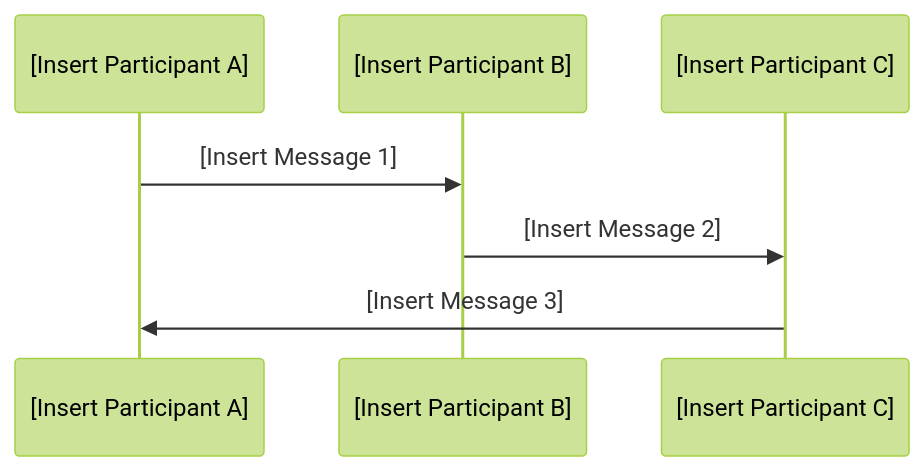
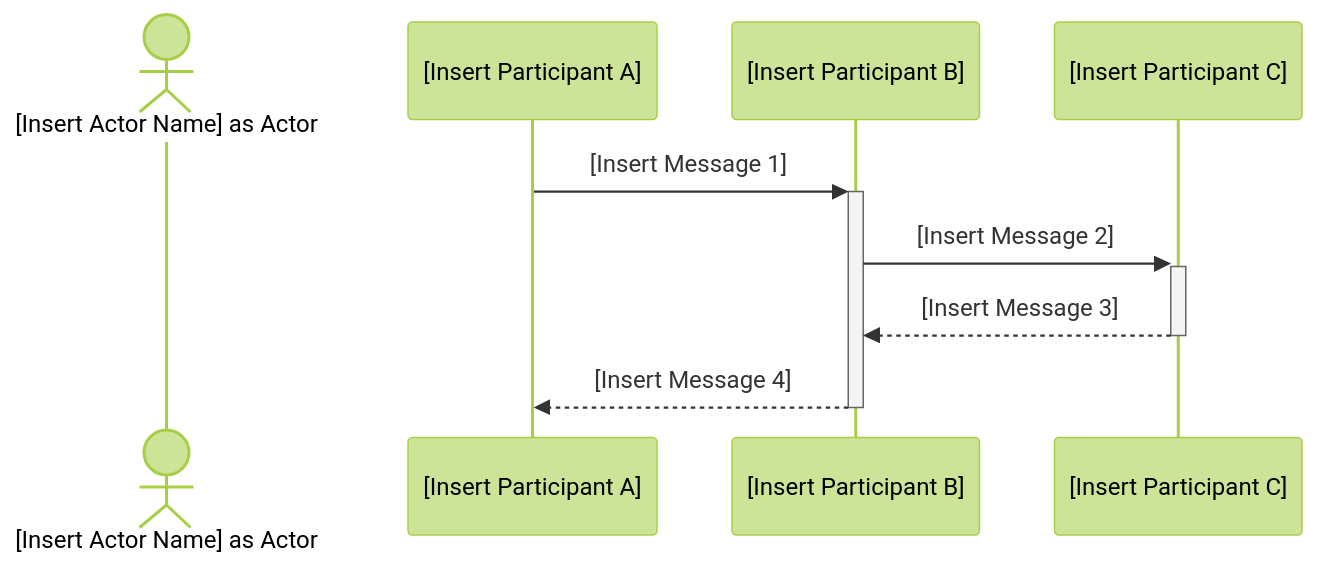
One commit to TirsvadCLI/Dotnet.DefaultFiles changed the diagram in .github/instructions/sd.instructions.md. Above: the diagram before and after it, drawn with Mermaid (forest theme). The commit also changed other lines of this file, not shown here.

````diff
--- a/.github/instructions/sd.instructions.md
+++ b/.github/instructions/sd.instructions.md
@@ -48,11 +78,13 @@
 ```mermaid
 sequenceDiagram
+    actor [Insert Actor Name] as Actor
     participant A as [Insert Participant A]
     participant B as [Insert Participant B]
     participant C as [Insert Participant C]
 
-    A->>B: [Insert Message 1]
-    B->>C: [Insert Message 2]
-    C->>A: [Insert Message 3]
+    A->>+B: [Insert Message 1]
+    B->>+C: [Insert Message 2]
+    C-->>-B: [Insert Message 3]
+    B-->>-A: [Insert Message 4]
     %% Add more interactions as needed
 ```
````
